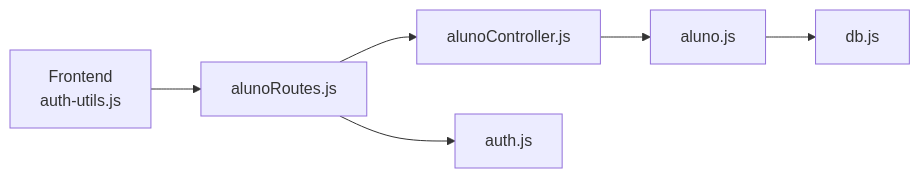
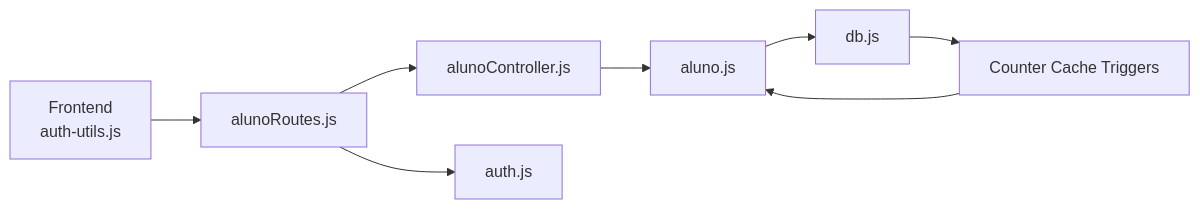
The eighth of 8 diagrams in .qoder/repowiki/en/content/Core Features Implementation/Student Management System.md (luiseduacosta/nodemural), drawn with Mermaid before and after one commit. The commit also changed other lines of this file and 16 other files, not shown here.

````diff
--- a/.qoder/repowiki/en/content/Core Features Implementation/Student Management System.md
+++ b/.qoder/repowiki/en/content/Core Features Implementation/Student Management System.md
@@ -445,8 +537,10 @@
 ```mermaid
 graph LR
 FE["Frontend<br/>auth-utils.js"] --> Routes["alunoRoutes.js"]
 Routes --> Ctrl["alunoController.js"]
 Ctrl --> Model["aluno.js"]
 Model --> DB["db.js"]
 Routes --> MW["auth.js"]
+DB --> Trigger["Counter Cache Triggers"]
+Trigger --> Model
 ```
````
